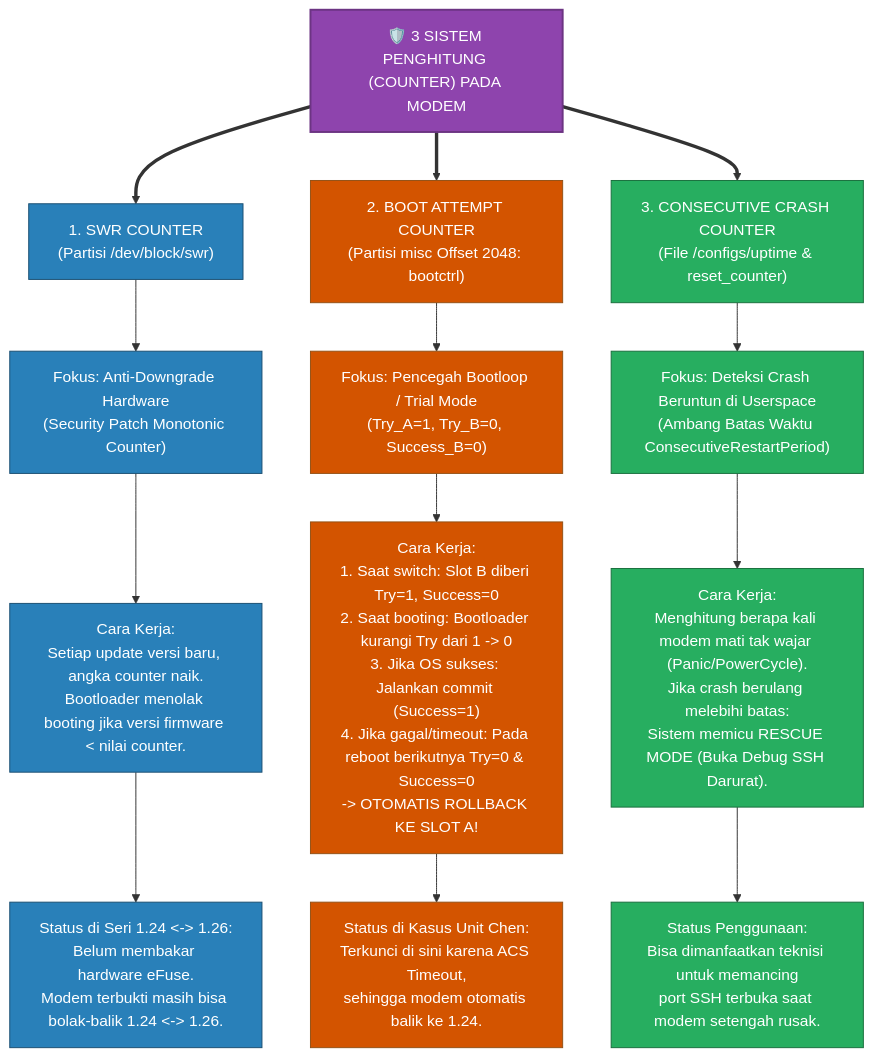
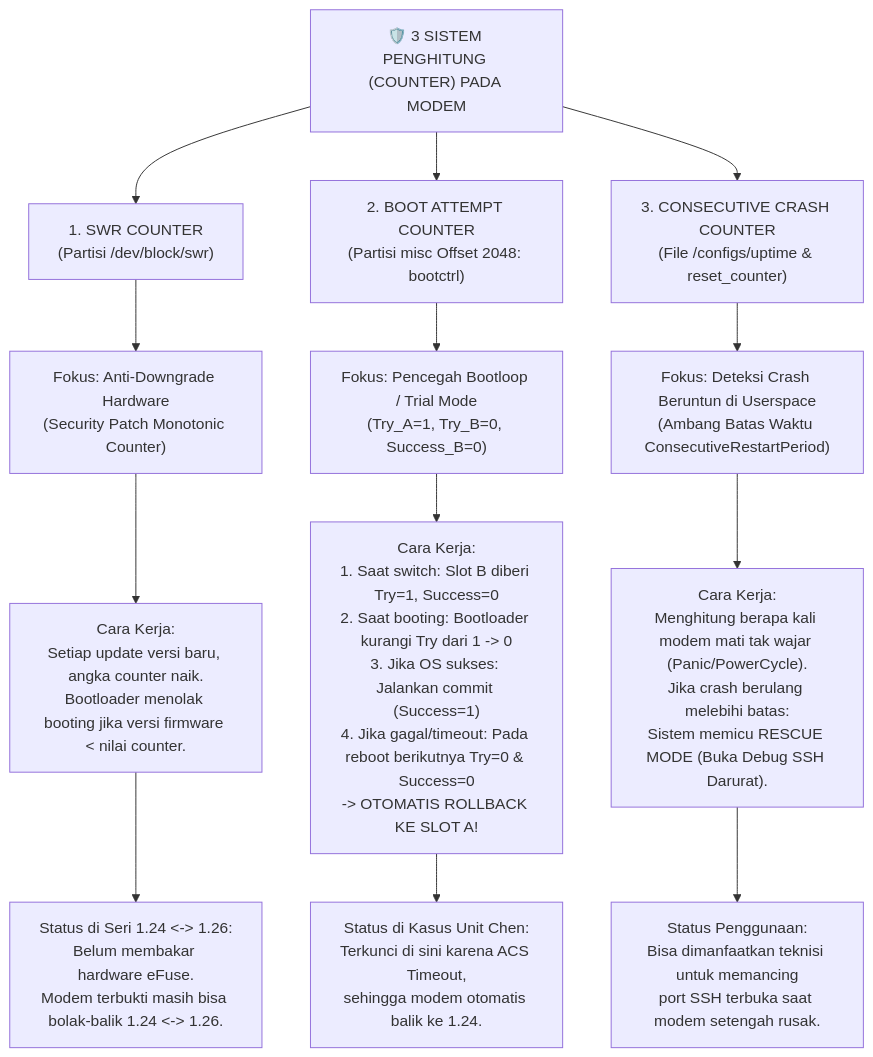
The third of 5 diagrams in docs/DIAGRAM_PARTISI_DAN_BOOTFLOW_NOKIA.md (enterdvoid/dbai-unified-builder), drawn with Mermaid before and after one commit. The commit also changed other lines of this file, not shown here.

````diff
--- a/docs/DIAGRAM_PARTISI_DAN_BOOTFLOW_NOKIA.md
+++ b/docs/DIAGRAM_PARTISI_DAN_BOOTFLOW_NOKIA.md
@@ -96,33 +167,22 @@
 ```mermaid
 flowchart TD
     COUNTER["🛡️ 3 SISTEM PENGHITUNG (COUNTER) PADA MODEM"]
 
     %% CABANG COUNTER 1
-    COUNTER ==> C1["1. SWR COUNTER\n(Partisi /dev/block/swr)"]
+    COUNTER --> C1["1. SWR COUNTER\n(Partisi /dev/block/swr)"]
     C1 --> C1_FOKUS["Fokus: Anti-Downgrade Hardware\n(Security Patch Monotonic Counter)"]
     C1_FOKUS --> C1_CARA["Cara Kerja:\nSetiap update versi baru, angka counter naik.\nBootloader menolak booting jika versi firmware < nilai counter."]
     C1_CARA --> C1_STATUS["Status di Seri 1.24 <-> 1.26:\nBelum membakar hardware eFuse.\nModem terbukti masih bisa bolak-balik 1.24 <-> 1.26."]
 
     %% CABANG COUNTER 2
-    COUNTER ==> C2["2. BOOT ATTEMPT COUNTER\n(Partisi misc Offset 2048: bootctrl)"]
+    COUNTER --> C2["2. BOOT ATTEMPT COUNTER\n(Partisi misc Offset 2048: bootctrl)"]
     C2 --> C2_FOKUS["Fokus: Pencegah Bootloop / Trial Mode\n(Try_A=1, Try_B=0, Success_B=0)"]
     C2_FOKUS --> C2_CARA["Cara Kerja:\n1. Saat switch: Slot B diberi Try=1, Success=0\n2. Saat booting: Bootloader kurangi Try dari 1 -> 0\n3. Jika OS sukses: Jalankan commit (Success=1)\n4. Jika gagal/timeout: Pada reboot berikutnya Try=0 & Success=0\n-> OTOMATIS ROLLBACK KE SLOT A!"]
     C2_CARA --> C2_STATUS["Status di Kasus Unit Chen:\nTerkunci di sini karena ACS Timeout,\nsehingga modem otomatis balik ke 1.24."]
 
     %% CABANG COUNTER 3
-    COUNTER ==> C3["3. CONSECUTIVE CRASH COUNTER\n(File /configs/uptime & reset_counter)"]
+    COUNTER --> C3["3. CONSECUTIVE CRASH COUNTER\n(File /configs/uptime & reset_counter)"]
     C3 --> C3_FOKUS["Fokus: Deteksi Crash Beruntun di Userspace\n(Ambang Batas Waktu ConsecutiveRestartPeriod)"]
     C3_FOKUS --> C3_CARA["Cara Kerja:\nMenghitung berapa kali modem mati tak wajar (Panic/PowerCycle).\nJika crash berulang melebihi batas:\nSistem memicu RESCUE MODE (Buka Debug SSH Darurat)."]
     C3_CARA --> C3_STATUS["Status Penggunaan:\nBisa dimanfaatkan teknisi untuk memancing\nport SSH terbuka saat modem setengah rusak."]
-
-    %% STYLING
-    classDef cHead fill:#8e44ad,stroke:#6c3483,stroke-width:2px,color:#fff;
-    classDef c1Style fill:#2980b9,stroke:#1b4f72,stroke-width:1px,color:#fff;
-    classDef c2Style fill:#d35400,stroke:#935116,stroke-width:1px,color:#fff;
-    classDef c3Style fill:#27ae60,stroke:#196f3d,stroke-width:1px,color:#fff;
-
-    class COUNTER cHead;
-    class C1,C1_FOKUS,C1_CARA,C1_STATUS c1Style;
-    class C2,C2_FOKUS,C2_CARA,C2_STATUS c2Style;
-    class C3,C3_FOKUS,C3_CARA,C3_STATUS c3Style;
 ```
````
